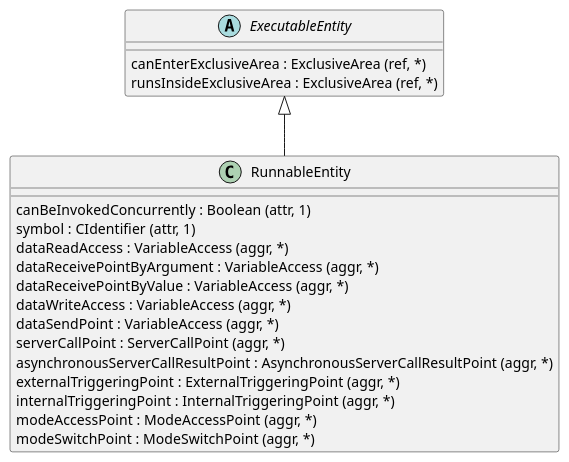
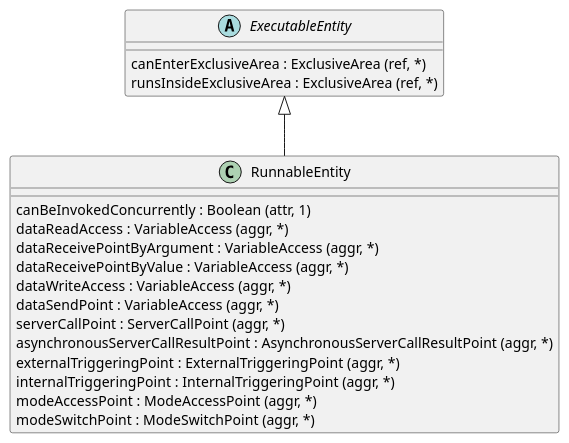
One commit to hazemanwer2000/knowledge-base changed diagram 16 of 19 in vault-base/Topics/Technical-Topics/OS/AUTOSAR/General/AUTOSAR-SW-Components.md. Above: the diagram before and after it, drawn with PlantUML. The commit also changed other lines of this file and 1 other file, not shown here.

````diff
--- a/vault-base/Topics/Technical-Topics/OS/AUTOSAR/General/AUTOSAR-SW-Components.md
+++ b/vault-base/Topics/Technical-Topics/OS/AUTOSAR/General/AUTOSAR-SW-Components.md
@@ -322,22 +322,21 @@
 ```plantuml
 abstract ExecutableEntity {
 	canEnterExclusiveArea : ExclusiveArea (ref, *)
 	runsInsideExclusiveArea : ExclusiveArea (ref, *)
 }
 class RunnableEntity {
 	canBeInvokedConcurrently : Boolean (attr, 1)
-	symbol : CIdentifier (attr, 1)
 	dataReadAccess : VariableAccess (aggr, *)
 	dataReceivePointByArgument : VariableAccess (aggr, *)
 	dataReceivePointByValue : VariableAccess (aggr, *)
 	dataWriteAccess : VariableAccess (aggr, *)
 	dataSendPoint : VariableAccess (aggr, *)
 	serverCallPoint : ServerCallPoint (aggr, *)
 	asynchronousServerCallResultPoint : AsynchronousServerCallResultPoint (aggr, *)
 	externalTriggeringPoint : ExternalTriggeringPoint (aggr, *)
 	internalTriggeringPoint : InternalTriggeringPoint (aggr, *)
 	modeAccessPoint : ModeAccessPoint (aggr, *)
 	modeSwitchPoint : ModeSwitchPoint (aggr, *)
 }
 ExecutableEntity <|-- RunnableEntity
 ```
````
